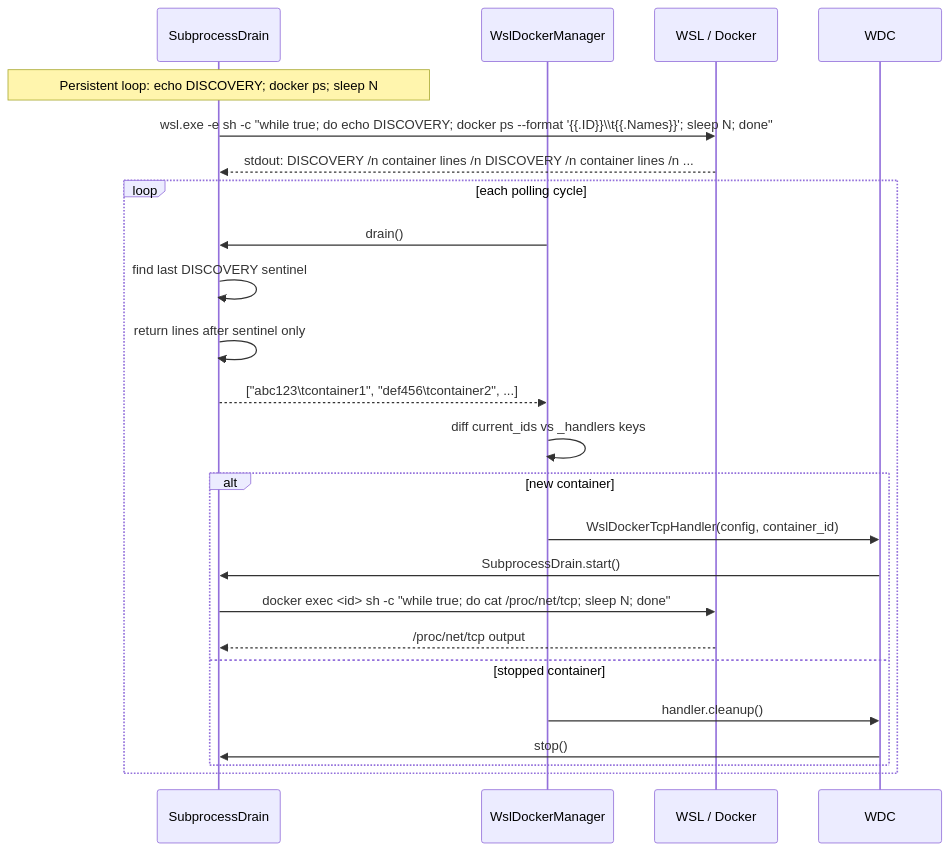
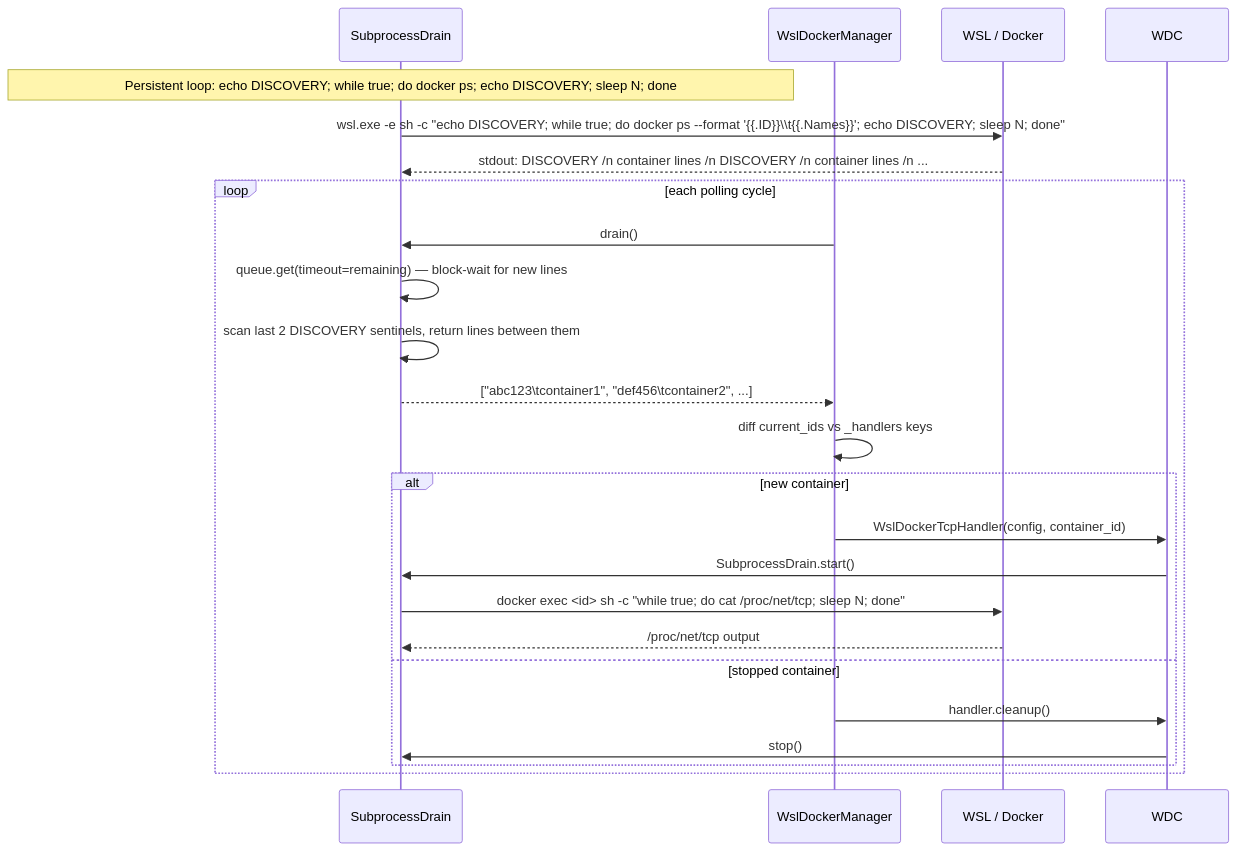
One commit to JonathanKChang/llm_wakelock_windows changed the second of 3 diagrams in docs/sequence-diagram.md. Above: the diagram before and after it, drawn with Mermaid. The commit also changed other lines of this file and 3 other files, not shown here.

````diff
--- a/docs/sequence-diagram.md
+++ b/docs/sequence-diagram.md
@@ -82,27 +86,27 @@
 ```mermaid
 sequenceDiagram
     participant DD as SubprocessDrain
     participant WD as WslDockerManager
     participant OS as WSL / Docker
 
-    Note over DD: Persistent loop: echo DISCOVERY#59; docker ps#59; sleep N
-    DD->>OS: wsl.exe -e sh -c "while true#59; do echo DISCOVERY#59; docker ps --format '{{.ID}}\\t{{.Names}}'#59; sleep N#59; done"
+    Note over DD: Persistent loop: echo DISCOVERY#59; while true#59; do docker ps#59; echo DISCOVERY#59; sleep N#59; done
+    DD->>OS: wsl.exe -e sh -c "echo DISCOVERY#59; while true#59; do docker ps --format '{{.ID}}\\t{{.Names}}'#59; echo DISCOVERY#59; sleep N#59; done"
     OS-->>DD: stdout: DISCOVERY /n container lines /n DISCOVERY /n container lines /n ...
 
     loop each polling cycle
         WD->>DD: drain()
-        DD->>DD: find last DISCOVERY sentinel
-        DD->>DD: return lines after sentinel only
+        DD->>DD: queue.get(timeout=remaining) — block-wait for new lines
+        DD->>DD: scan last 2 DISCOVERY sentinels, return lines between them
         DD-->>WD: ["abc123\tcontainer1", "def456\tcontainer2", ...]
         WD->>WD: diff current_ids vs _handlers keys
         alt new container
             WD->>WDC: WslDockerTcpHandler(config, container_id)
             WDC->>DD: SubprocessDrain.start()
             DD->>OS: docker exec <id> sh -c "while true#59; do cat /proc/net/tcp#59; sleep N#59; done"
             OS-->>DD: /proc/net/tcp output
         else stopped container
             WD->>WDC: handler.cleanup()
             WDC->>DD: stop()
         end
     end
 ```
````
